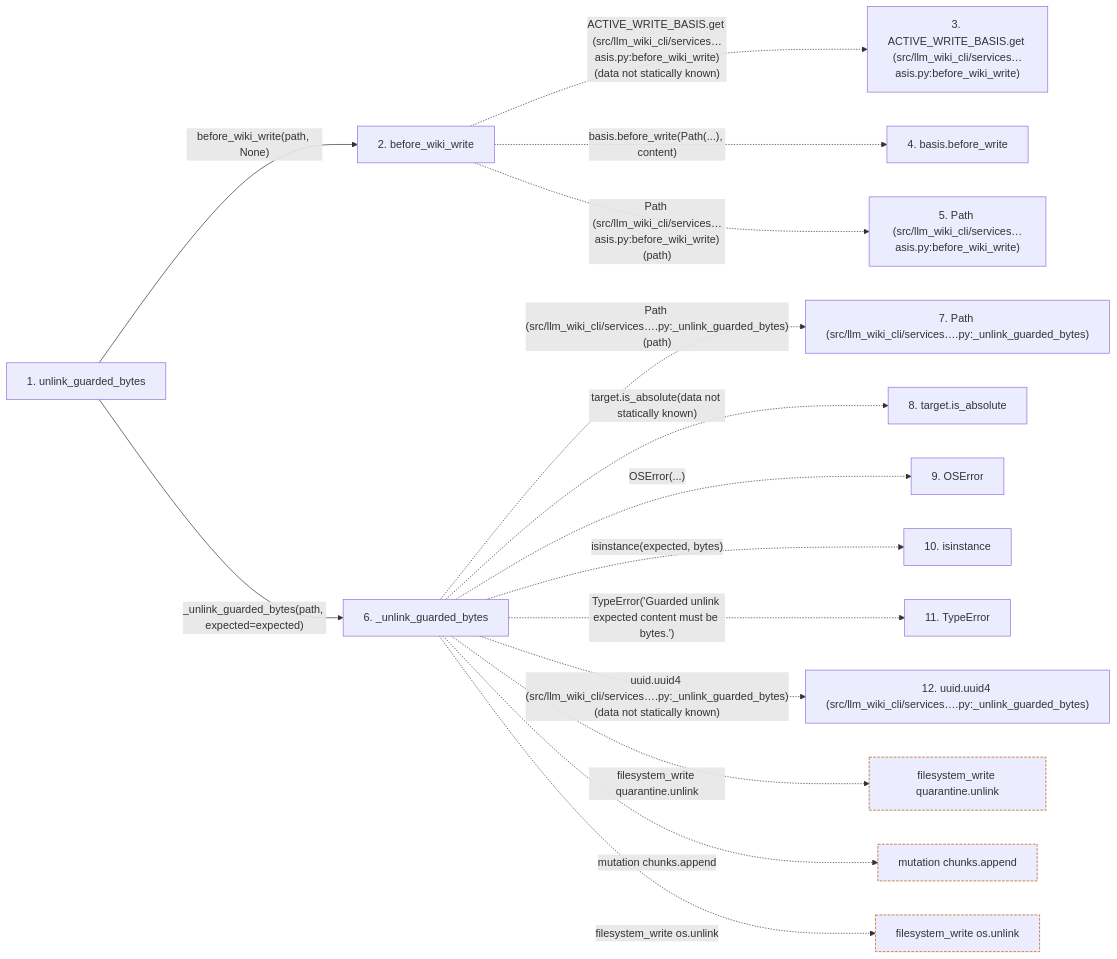
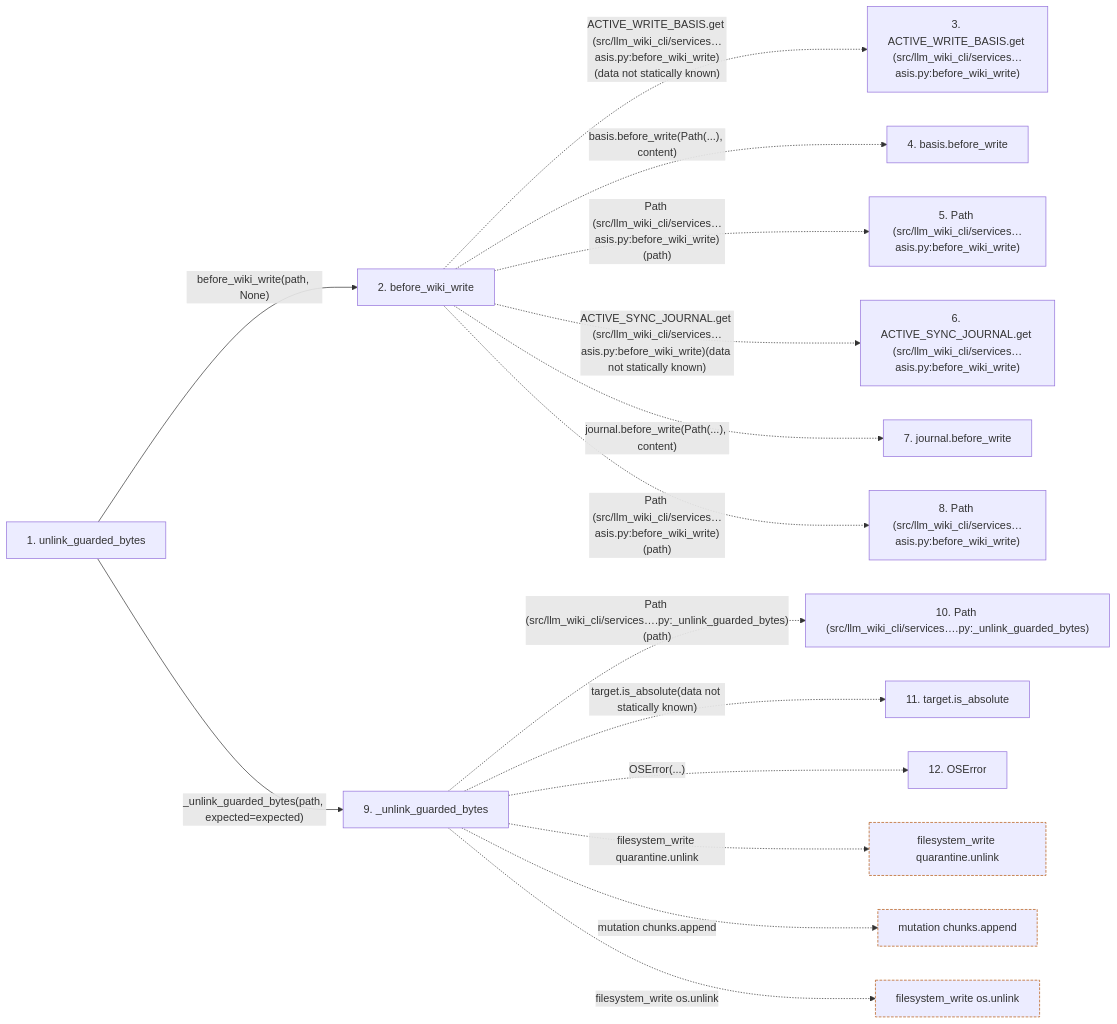
The second of 2 diagrams in docs/llm_wiki/flows/api-unlink_guarded_bytes.md (Denissvgn/python-wiki-llm), drawn with Mermaid before and after one commit. The commit also changed other lines of this file and 775 other files, not shown here.

````diff
--- a/docs/llm_wiki/flows/api-unlink_guarded_bytes.md
+++ b/docs/llm_wiki/flows/api-unlink_guarded_bytes.md
@@ -101,39 +101,39 @@
 ```mermaid
 flowchart LR
     s1["1. unlink_guarded_bytes"]
     s2["2. before_wiki_write"]
     s3["3. ACTIVE_WRITE_BASIS.get (src/llm_wiki_cli/services…asis.py:before_wiki_write)"]
     s4["4. basis.before_write"]
     s5["5. Path (src/llm_wiki_cli/services…asis.py:before_wiki_write)"]
-    s6["6. _unlink_guarded_bytes"]
-    s7["7. Path (src/llm_wiki_cli/services….py:_unlink_guarded_bytes)"]
-    s8["8. target.is_absolute"]
-    s9["9. OSError"]
-    s10["10. isinstance"]
-    s11["11. TypeError"]
-    s12["12. uuid.uuid4 (src/llm_wiki_cli/services….py:_unlink_guarded_bytes)"]
+    s6["6. ACTIVE_SYNC_JOURNAL.get (src/llm_wiki_cli/services…asis.py:before_wiki_write)"]
+    s7["7. journal.before_write"]
+    s8["8. Path (src/llm_wiki_cli/services…asis.py:before_wiki_write)"]
+    s9["9. _unlink_guarded_bytes"]
+    s10["10. Path (src/llm_wiki_cli/services….py:_unlink_guarded_bytes)"]
+    s11["11. target.is_absolute"]
+    s12["12. OSError"]
     s1 -->|"before_wiki_write(path, None)"| s2
     s2 -. "ACTIVE_WRITE_BASIS.get (src/llm_wiki_cli/services…asis.py:before_wiki_write)(data not statically known)" .-> s3
     s2 -. "basis.before_write(Path(...), content)" .-> s4
     s2 -. "Path (src/llm_wiki_cli/services…asis.py:before_wiki_write)(path)" .-> s5
-    s1 -->|"_unlink_guarded_bytes(path, expected=expected)"| s6
-    s6 -. "Path (src/llm_wiki_cli/services….py:_unlink_guarded_bytes)(path)" .-> s7
-    s6 -. "target.is_absolute(data not statically known)" .-> s8
-    s6 -. "OSError(...)" .-> s9
-    s6 -. "isinstance(expected, bytes)" .-> s10
-    s6 -. "TypeError('Guarded unlink expected content must be bytes.')" .-> s11
-    s6 -. "uuid.uuid4 (src/llm_wiki_cli/services….py:_unlink_guarded_bytes)(data not statically known)" .-> s12
+    s2 -. "ACTIVE_SYNC_JOURNAL.get (src/llm_wiki_cli/services…asis.py:before_wiki_write)(data not statically known)" .-> s6
+    s2 -. "journal.before_write(Path(...), content)" .-> s7
+    s2 -. "Path (src/llm_wiki_cli/services…asis.py:before_wiki_write)(path)" .-> s8
+    s1 -->|"_unlink_guarded_bytes(path, expected=expected)"| s9
+    s9 -. "Path (src/llm_wiki_cli/services….py:_unlink_guarded_bytes)(path)" .-> s10
+    s9 -. "target.is_absolute(data not statically known)" .-> s11
+    s9 -. "OSError(...)" .-> s12
     b0["filesystem_write quarantine.unlink"]
-    s6 -. "filesystem_write quarantine.unlink" .-> b0
+    s9 -. "filesystem_write quarantine.unlink" .-> b0
     b1["mutation chunks.append"]
-    s6 -. "mutation chunks.append" .-> b1
+    s9 -. "mutation chunks.append" .-> b1
     b2["filesystem_write os.unlink"]
-    s6 -. "filesystem_write os.unlink" .-> b2
+    s9 -. "filesystem_write os.unlink" .-> b2
     click s1 "../modules/filesystem_guard.md"
     click s2 "../modules/wiki_write_basis.md"
-    click s6 "../modules/filesystem_guard.md"
+    click s9 "../modules/filesystem_guard.md"
     classDef boundary stroke:#b45309,stroke-dasharray: 4 2
     class b0 boundary
     class b1 boundary
     class b2 boundary
 ```
````
